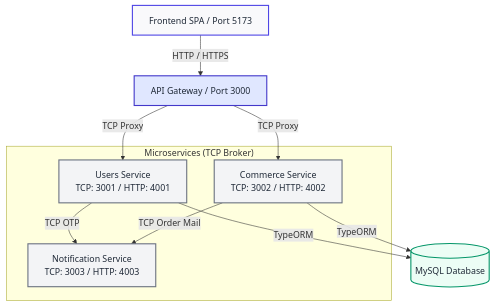
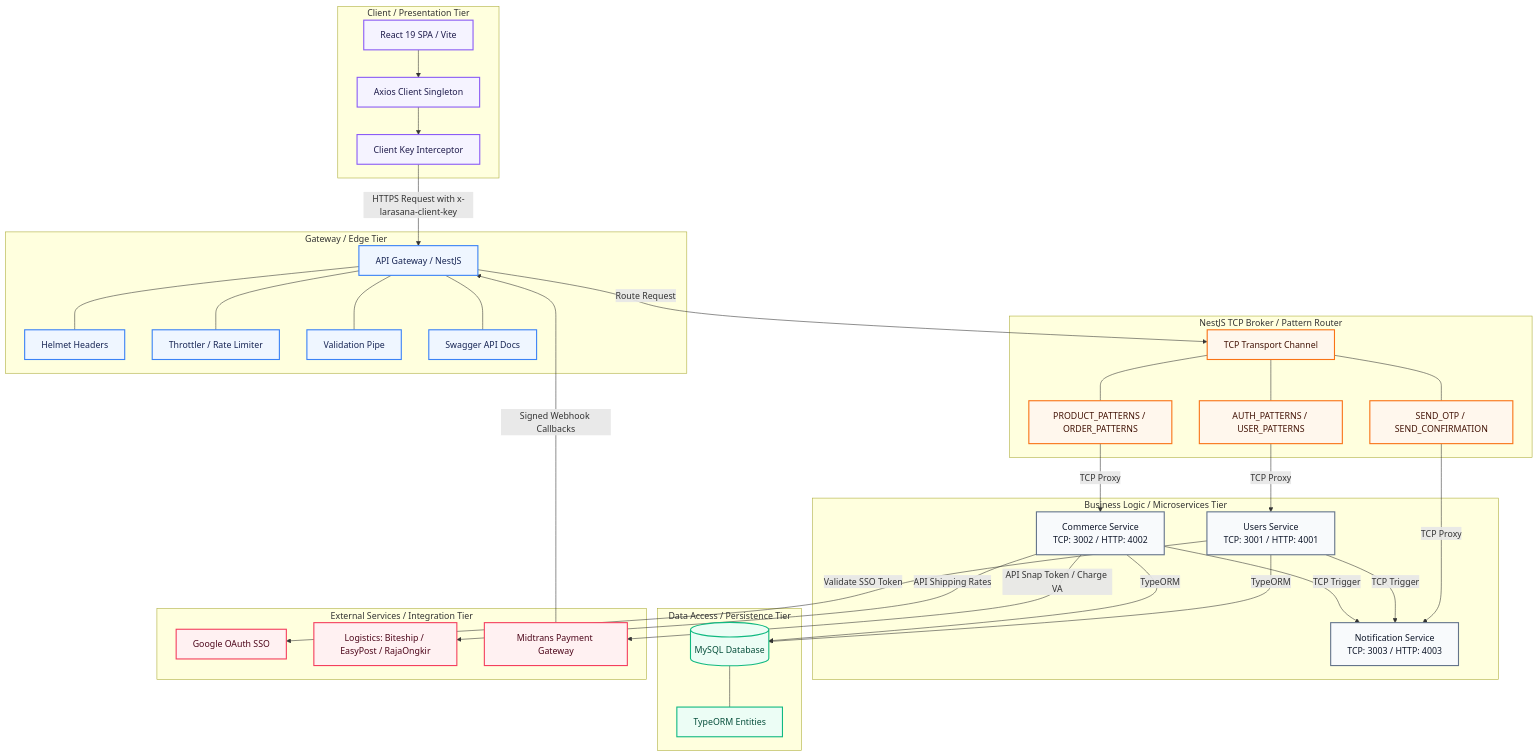
One commit to SERAVEEM/Larasana-React-nest changed the diagram in backendV2/README.md. Above: the diagram before and after it, drawn with Mermaid. The commit also changed 1 other file, not shown here.

Commit message:
docs: synchronize detailed architecture diagram in root and backend READMEs

````diff
--- a/backendV2/README.md
+++ b/backendV2/README.md
@@ -9,30 +9,88 @@
 ```mermaid
 graph TD
-    %% Styling
-    classDef client fill:#f9f9fb,stroke:#4f46e5,stroke-width:2px,color:#1f2937;
-    classDef gateway fill:#e0e7ff,stroke:#4338ca,stroke-width:2px,color:#1f2937;
-    classDef service fill:#f3f4f6,stroke:#6b7280,stroke-width:2px,color:#1f2937;
-    classDef db fill:#ecfdf5,stroke:#059669,stroke-width:2px,color:#1f2937;
+    %% Styling and Palettes
+    classDef client fill:#f5f3ff,stroke:#8b5cf6,stroke-width:2px,color:#1e1b4b;
+    classDef gateway fill:#eff6ff,stroke:#3b82f6,stroke-width:2px,color:#172554;
+    classDef broker fill:#fff7ed,stroke:#f97316,stroke-width:2px,color:#431407;
+    classDef service fill:#f8fafc,stroke:#64748b,stroke-width:2px,color:#0f172a;
+    classDef storage fill:#ecfdf5,stroke:#10b981,stroke-width:2px,color:#064e3b;
+    classDef external fill:#fff1f2,stroke:#f43f5e,stroke-width:2px,color:#4c0519;
 
-    FE[Frontend SPA / Port 5173]:::client
-    GW[API Gateway / Port 3000]:::gateway
-    
-    subgraph Microservices ["Microservices (TCP Broker)"]
+    %% 1. Client Tier
+    subgraph ClientTier ["Client / Presentation Tier"]
+        FE[React 19 SPA / Vite]:::client
+        AX[Axios Client Singleton]:::client
+        SEC[Client Key Interceptor]:::client
+        FE --> AX
+        AX --> SEC
+    end
+
+    %% 2. Gateway Tier
+    subgraph GatewayTier ["Gateway / Edge Tier"]
+        GW[API Gateway / NestJS]:::gateway
+        HL[Helmet Headers]:::gateway
+        TH[Throttler / Rate Limiter]:::gateway
+        VAL[Validation Pipe]:::gateway
+        SW[Swagger API Docs]:::gateway
+        
+        GW --- HL
+        GW --- TH
+        GW --- VAL
+        GW --- SW
+    end
+
+    %% 3. TCP Communication / Pattern Broker
+    subgraph BrokerTier ["NestJS TCP Broker / Pattern Router"]
+        TCP[TCP Transport Channel]:::broker
+        UP_PAT["AUTH_PATTERNS / USER_PATTERNS"]:::broker
+        COM_PAT["PRODUCT_PATTERNS / ORDER_PATTERNS"]:::broker
+        NOT_PAT["SEND_OTP / SEND_CONFIRMATION"]:::broker
+        
+        TCP --- UP_PAT
+        TCP --- COM_PAT
+        TCP --- NOT_PAT
+    end
+
+    %% 4. Microservices Tier
+    subgraph ServicesTier ["Business Logic / Microservices Tier"]
         US[Users Service <br> TCP: 3001 / HTTP: 4001]:::service
         CS[Commerce Service <br> TCP: 3002 / HTTP: 4002]:::service
         NS[Notification Service <br> TCP: 3003 / HTTP: 4003]:::service
     end
+
+    %% 5. Storage Tier
+    subgraph StorageTier ["Data Access / Persistence Tier"]
+        DB[(MySQL Database)]:::storage
+        ORM[TypeORM Entities]:::storage
+        DB --- ORM
+    end
+
+    %% 6. External Tiers
+    subgraph ExtTier ["External Services / Integration Tier"]
+        GAuth[Google OAuth SSO]:::external
+        Ship[Logistics: Biteship / EasyPost / RajaOngkir]:::external
+        Mid[Midtrans Payment Gateway]:::external
+    end
+
+    %% Flow Connections
+    SEC -->|HTTPS Request with x-larasana-client-key| GW
     
-    DB[(MySQL Database)]:::db
-
-    %% Relationships
-    FE -->|HTTP / HTTPS| GW
-    GW -->|TCP Proxy| US
-    GW -->|TCP Proxy| CS
+    GW -->|Route Request| TCP
+    
+    UP_PAT -->|TCP Proxy| US
+    COM_PAT -->|TCP Proxy| CS
+    NOT_PAT -->|TCP Proxy| NS
     
     US -->|TypeORM| DB
     CS -->|TypeORM| DB
     
-    US -->|TCP OTP| NS
-    CS -->|TCP Order Mail| NS
+    %% Inter-service calls
+    US -->|TCP Trigger| NS
+    CS -->|TCP Trigger| NS
+
+    %% External Integrations
+    US -->|Validate SSO Token| GAuth
+    CS -->|API Shipping Rates| Ship
+    CS -->|API Snap Token / Charge VA| Mid
+    Mid -->|Signed Webhook Callbacks| GW
 ```
````
